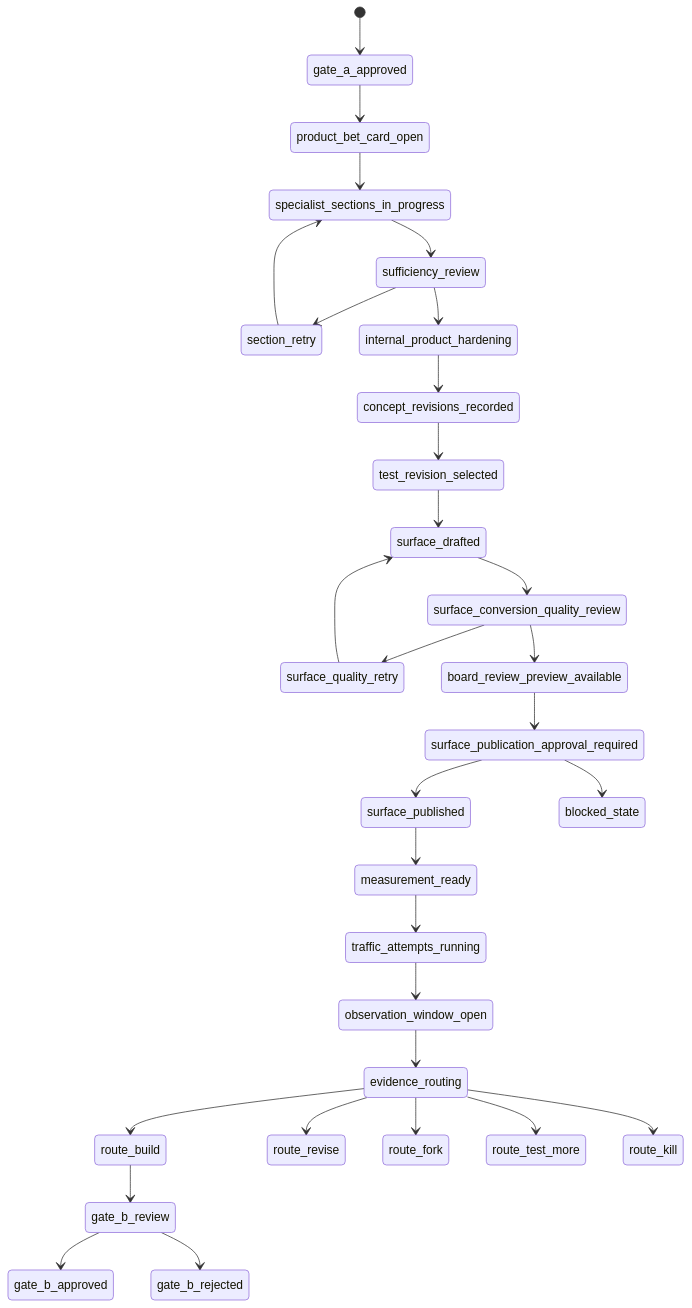
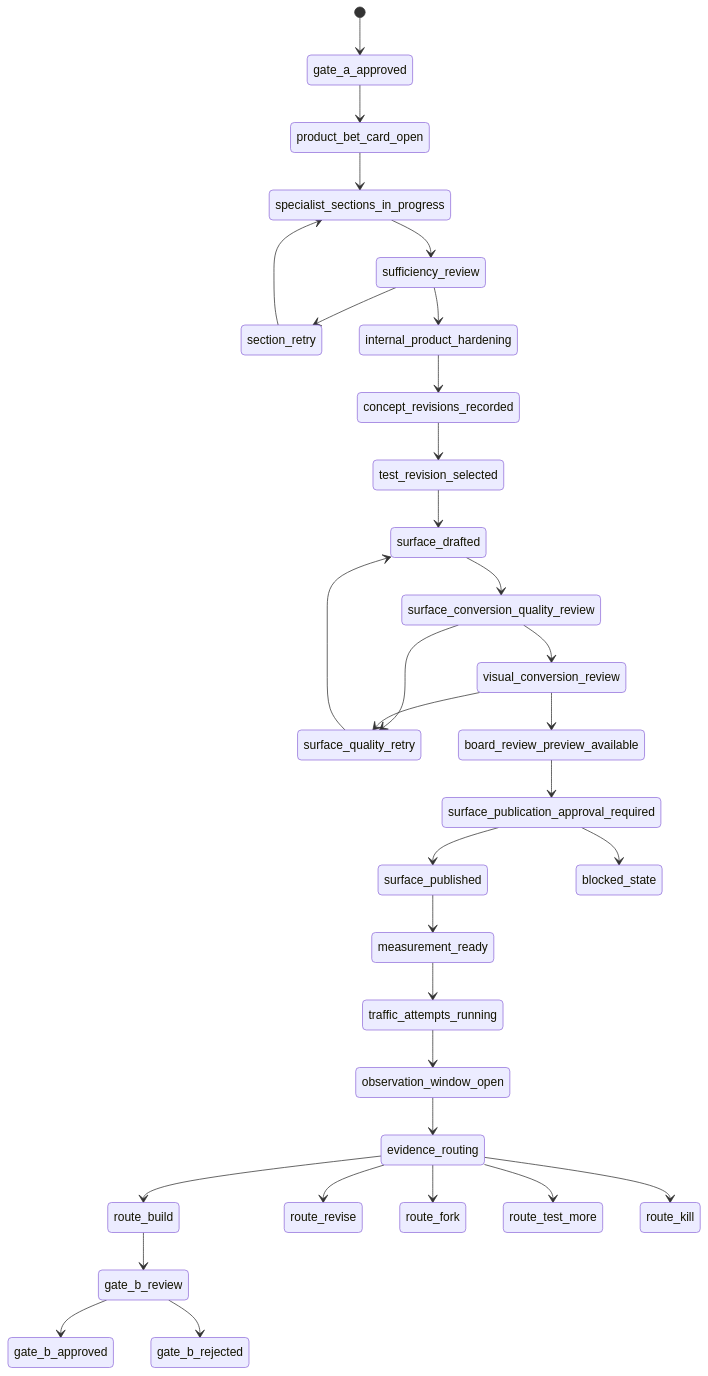
One commit to Vladick-Pick/Nohum-studio changed the second of 4 diagrams in docs/ontology/nohum-operating-ontology.md. Above: the diagram before and after it, drawn with Mermaid. The commit also changed other lines of this file and 16 other files, not shown here.

Commit message:
Require visual conversion review before validation publication

````diff
--- a/docs/ontology/nohum-operating-ontology.md
+++ b/docs/ontology/nohum-operating-ontology.md
@@ -168,32 +169,34 @@
 ```mermaid
 stateDiagram-v2
   [*] --> gate_a_approved
   gate_a_approved --> product_bet_card_open
   product_bet_card_open --> specialist_sections_in_progress
   specialist_sections_in_progress --> sufficiency_review
   sufficiency_review --> section_retry
   section_retry --> specialist_sections_in_progress
   sufficiency_review --> internal_product_hardening
   internal_product_hardening --> concept_revisions_recorded
   concept_revisions_recorded --> test_revision_selected
   test_revision_selected --> surface_drafted
   surface_drafted --> surface_conversion_quality_review
   surface_conversion_quality_review --> surface_quality_retry
   surface_quality_retry --> surface_drafted
-  surface_conversion_quality_review --> board_review_preview_available
+  surface_conversion_quality_review --> visual_conversion_review
+  visual_conversion_review --> surface_quality_retry
+  visual_conversion_review --> board_review_preview_available
   board_review_preview_available --> surface_publication_approval_required
   surface_publication_approval_required --> surface_published
   surface_publication_approval_required --> blocked_state
   surface_published --> measurement_ready
   measurement_ready --> traffic_attempts_running
   traffic_attempts_running --> observation_window_open
   observation_window_open --> evidence_routing
   evidence_routing --> route_build
   evidence_routing --> route_revise
   evidence_routing --> route_fork
   evidence_routing --> route_test_more
   evidence_routing --> route_kill
   route_build --> gate_b_review
   gate_b_review --> gate_b_approved
   gate_b_review --> gate_b_rejected
 ```
````
